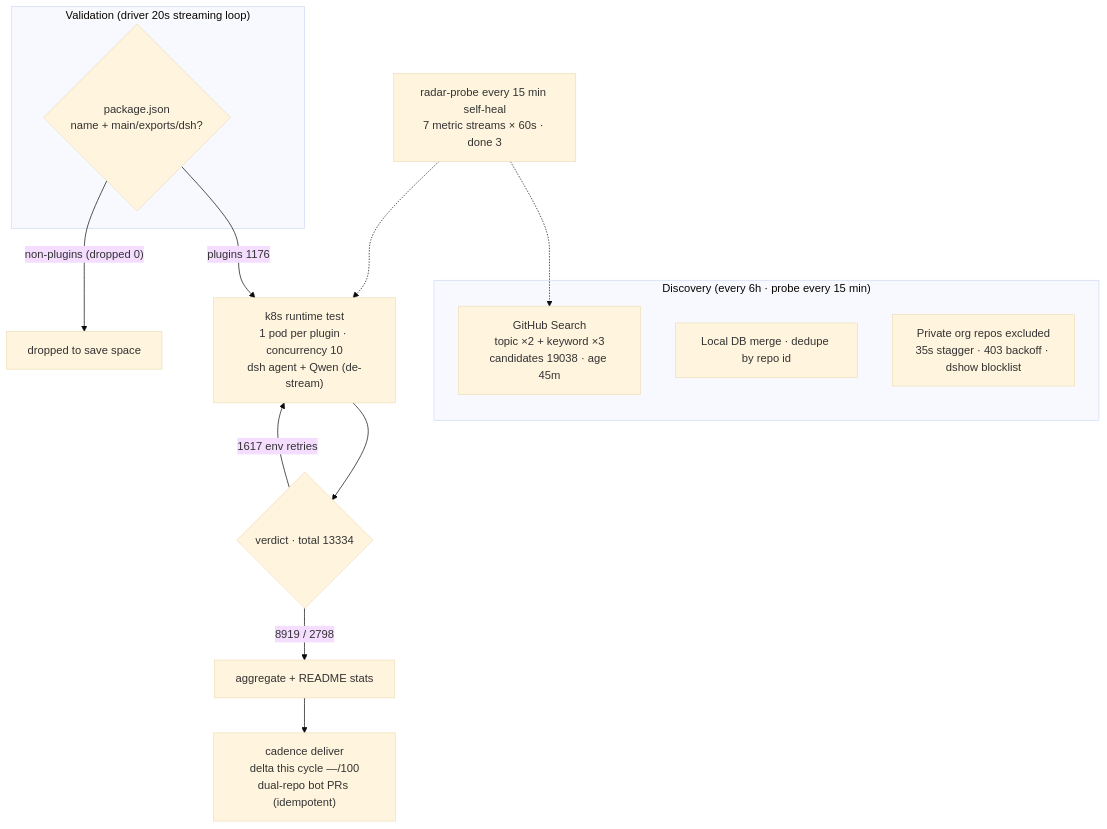
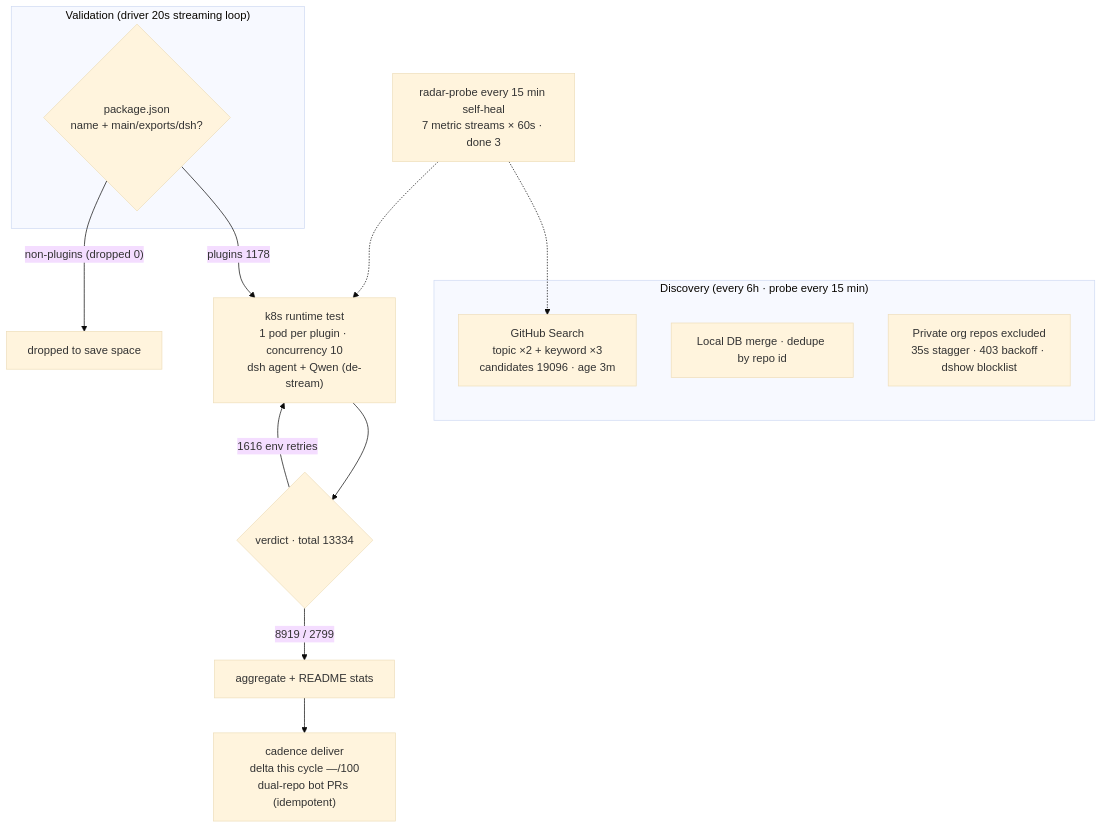
One commit to AdamPlatin123/dsh-plugin-radar changed the diagram in README.en-US.md. Above: the diagram before and after it, drawn with Mermaid (base theme). The commit also changed other lines of this file and 16 other files, not shown here.

````diff
--- a/README.en-US.md
+++ b/README.en-US.md
@@ -45,20 +45,20 @@
 ```mermaid
 flowchart TB
     subgraph Discovery["Discovery (every 6h · probe every 15 min)"]
-        A1["GitHub Search<br/>topic ×2 + keyword ×3<br/>candidates 19038 · age 45m"]
+        A1["GitHub Search<br/>topic ×2 + keyword ×3<br/>candidates 19096 · age 3m"]
         A2["Local DB merge · dedupe by repo id"]
         A3["Private org repos excluded<br/>35s stagger · 403 backoff · dshow blocklist"]
     end
     subgraph Validation["Validation (driver 20s streaming loop)"]
         B1{"package.json<br/>name + main/exports/dsh?"}
     end
-    B1 -->|"plugins 1176"| C1["k8s runtime test<br/>1 pod per plugin · concurrency 10<br/>dsh agent + Qwen (de-stream)"]
+    B1 -->|"plugins 1178"| C1["k8s runtime test<br/>1 pod per plugin · concurrency 10<br/>dsh agent + Qwen (de-stream)"]
     B1 -->|"non-plugins (dropped 0)"| B3["dropped to save space"]
     C1 --> D1{"verdict · total 13334"}
-    D1 -->|"8919 / 2798"| E1["aggregate + README stats"]
-    D1 -->|"1617 env retries"| C1
+    D1 -->|"8919 / 2799"| E1["aggregate + README stats"]
+    D1 -->|"1616 env retries"| C1
     E1 --> E2["cadence deliver<br/>delta this cycle —/100<br/>dual-repo bot PRs (idempotent)"]
     M["radar-probe every 15 min self-heal<br/>7 metric streams × 60s · done 3"]
     M -.-> A1
     M -.-> C1
 ```
````
